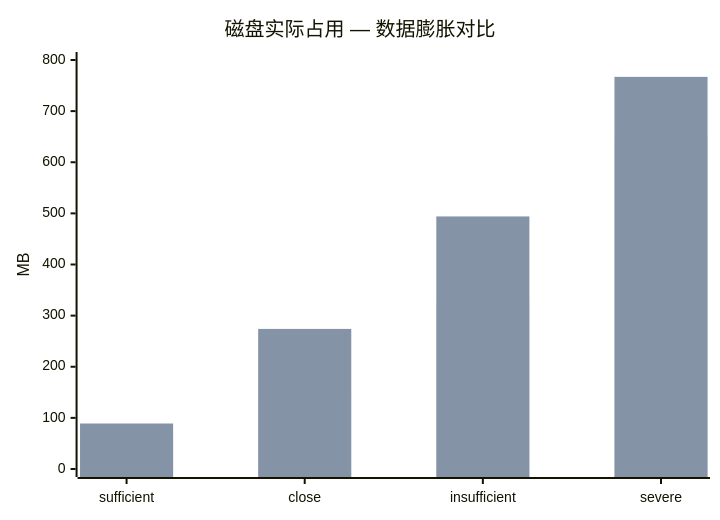
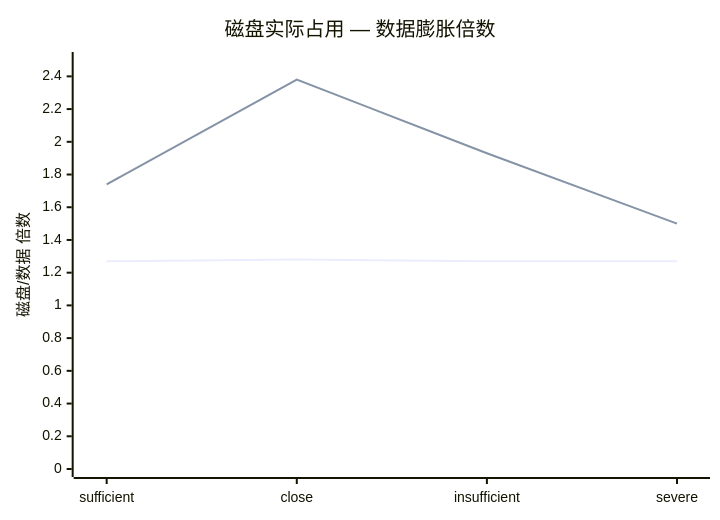
One commit to bangbang93/playground.js changed the fifth of 16 diagrams in packages/db-bench/README.md. Above: the diagram before and after it, drawn with Mermaid. The commit also changed other lines of this file, not shown here.

First line of the commit message:
docs(db-bench): replace stacked bars with ratio lines in Mermaid charts

````diff
--- a/packages/db-bench/README.md
+++ b/packages/db-bench/README.md
@@ -245,8 +244,8 @@
 ```mermaid
 xychart-beta
-    title "磁盘实际占用 — 数据膨胀对比"
+    title "磁盘实际占用 — 数据膨胀倍数"
     x-axis ["sufficient", "close", "insufficient", "severe"]
-    y-axis "MB" 0 --> 800
-    bar [65, 147, 325, 650]
-    bar [89, 274, 494, 767]
+    y-axis "磁盘/数据 倍数" 0 --> 2.5
+    line [1.27, 1.28, 1.27, 1.27]
+    line [1.74, 2.38, 1.93, 1.50]
 ```
````
